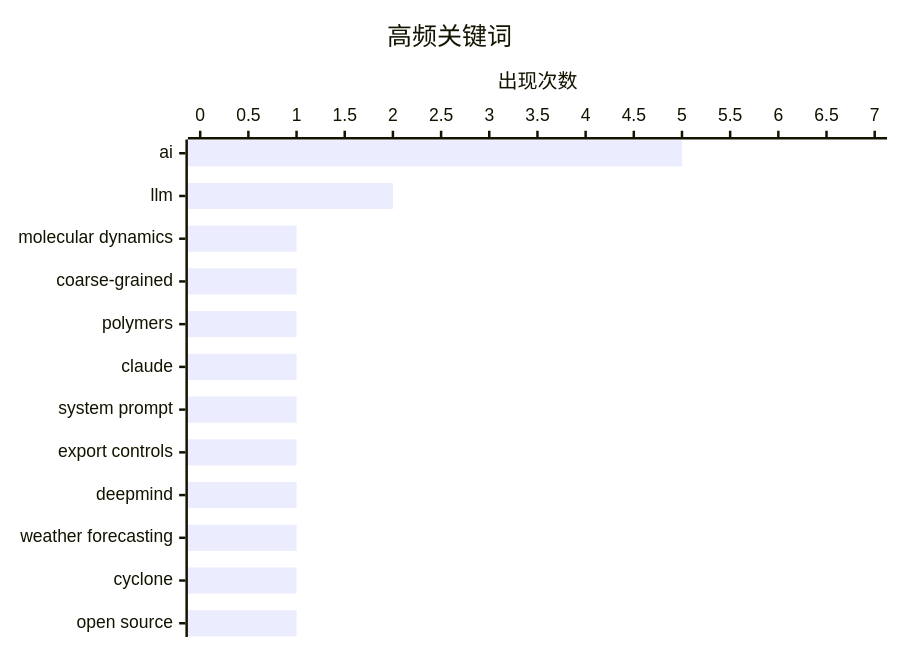
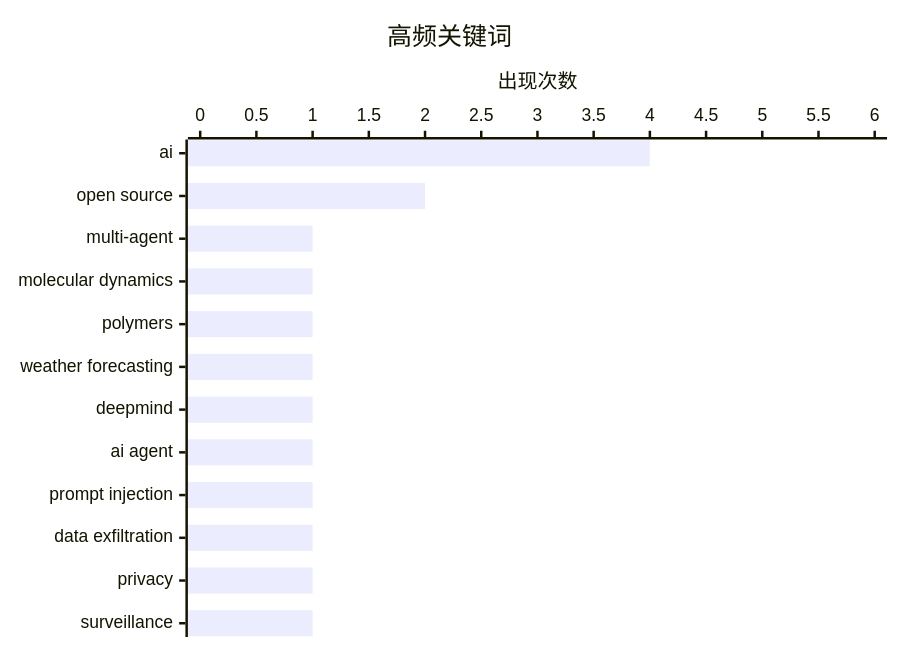
One commit to Halcyon-ccc/ai-daily-digest changed the second of 2 diagrams in digests/digest-20260810.md. Above: the diagram before and after it, drawn with Mermaid. The commit also changed other lines of this file, not shown here.

````diff
--- a/digests/digest-20260810.md
+++ b/digests/digest-20260810.md
@@ -403,7 +400,7 @@
 ```mermaid
 xychart-beta horizontal
     title "高频关键词"
-    x-axis ["ai", "llm", "molecular dynamics", "coarse-grained", "polymers", "claude", "system prompt", "export controls", "deepmind", "weather forecasting", "cyclone", "open source"]
-    y-axis "出现次数" 0 --> 7
-    bar [5, 2, 1, 1, 1, 1, 1, 1, 1, 1, 1, 1]
+    x-axis ["ai", "open source", "multi-agent", "molecular dynamics", "polymers", "weather forecasting", "deepmind", "ai agent", "prompt injection", "data exfiltration", "privacy", "surveillance"]
+    y-axis "出现次数" 0 --> 6
+    bar [4, 2, 1, 1, 1, 1, 1, 1, 1, 1, 1, 1]
 ```
````
